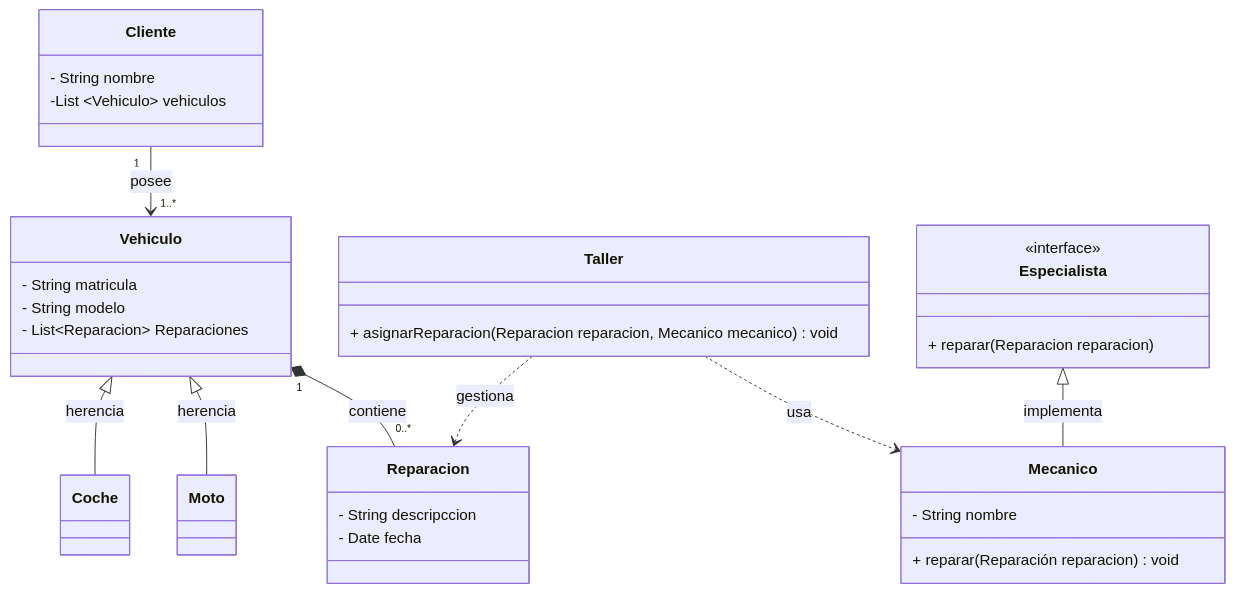
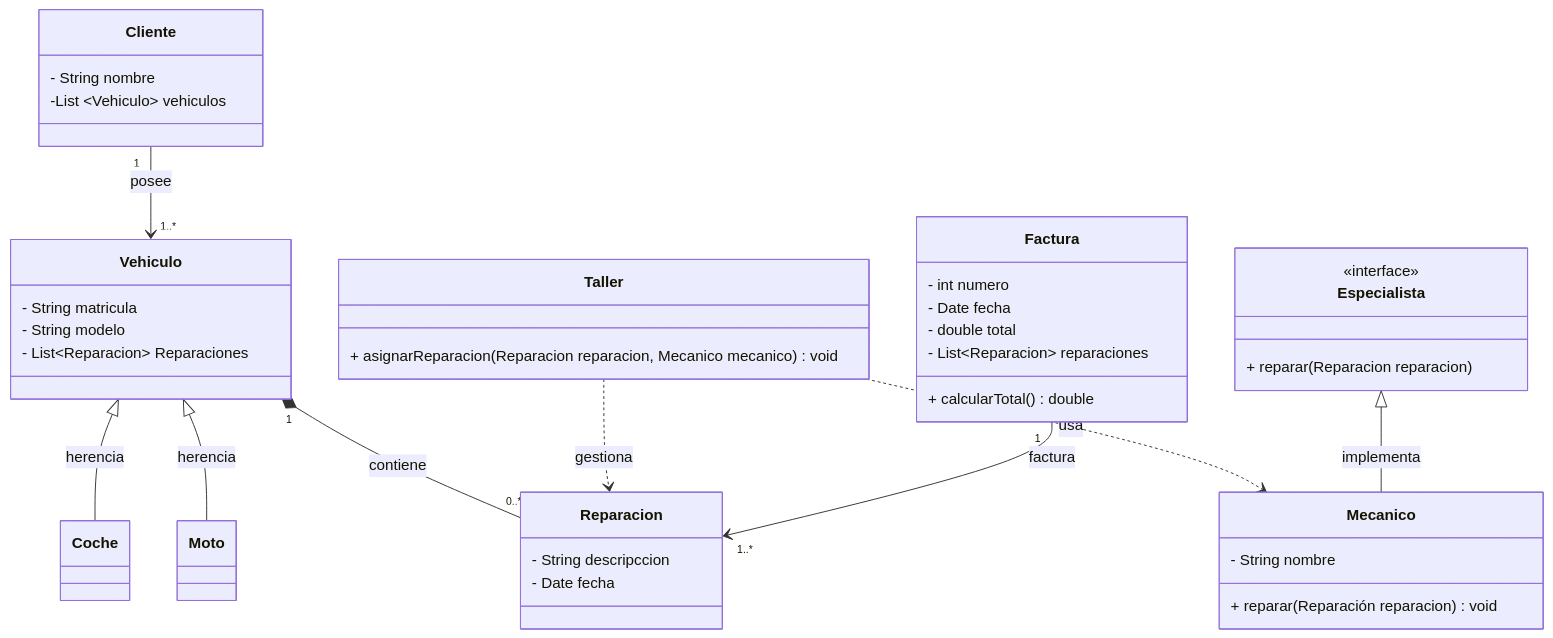
One commit to Manuel1613/6.3Actividad-Taller changed the diagram in DESIGN.md. Above: the diagram before and after it, drawn with Mermaid. The commit also changed 2 other files, not shown here.

Commit message:
Create PHASE 4 to README.md and UML Factura

````diff
--- a/DESIGN.md
+++ b/DESIGN.md
@@ -3,57 +3,68 @@
 ```mermaid
 classDiagram
     class Vehiculo {
         - String matricula
         - String modelo
         - List~Reparacion~ Reparaciones
     }
     class Coche {
 
     }
     
     class Moto{
 
     }
 
     class Cliente {
         - String nombre
         -List ~Vehiculo~ vehiculos
     }
 
     class Reparacion {
         - String descripccion
         - Date fecha
     }
 
     class Especialista {
         <<interface>>
         + reparar (Reparacion reparacion)
     }
 
     class Mecanico {
         - String nombre
         + reparar (Reparación reparacion) void
     }
 
     class Taller {
         + asignarReparacion (Reparacion reparacion, Mecanico mecanico) void
     }
 
+    class Factura {
+        - int numero
+        - Date fecha
+        - double total
+        - List~Reparacion~ reparaciones
+        + calcularTotal() double
+    }
+
     %% HERENCIA
     Vehiculo <|-- Coche : herencia
     Vehiculo <|-- Moto : herencia
 
     %% COMPOSICION (vinculo fuerte)
     Vehiculo "1" *-- "0..*" Reparacion : contiene
 
     %% ASOCIACION
     Cliente "1" --> "1..*" Vehiculo : posee
 
     %% DEPENDENCIA
     Taller ..> Mecanico :usa
     Taller ..> Reparacion : gestiona
 
     %% REALIZACION (interfaz)
     Especialista <|-- Mecanico : implementa
 
+    %% ASOCIACION
+    Factura "1" --> "1..*" Reparacion : factura
+
 ```
````
